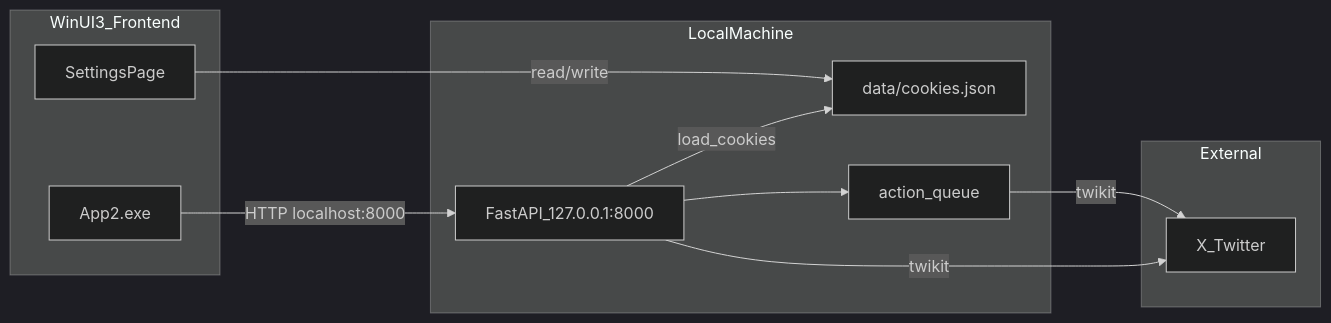
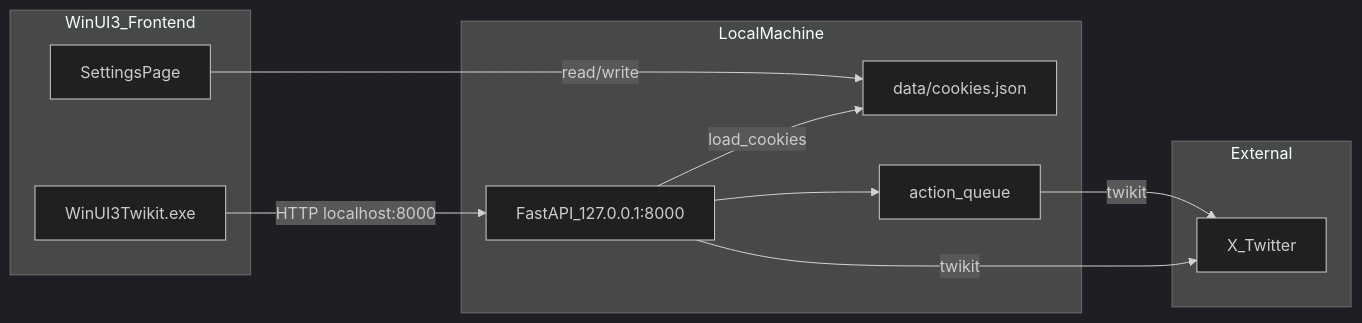
Before and after one commit to amanetoki7/WinUI-3-twikit: the diagram in README.md, drawn with Mermaid (dark theme). The commit also changed other lines of this file and 136 other files, not shown here.

First line of the commit message:
Rename App2 project to WinUI3Twikit

````diff
--- a/README.md
+++ b/README.md
@@ -38,21 +38,21 @@
 ```mermaid
 flowchart LR
     subgraph winui [WinUI3_Frontend]
-        App[App2.exe]
+        App[WinUI3Twikit.exe]
         Settings[SettingsPage]
     end
     subgraph local [LocalMachine]
         Cookies["data/cookies.json"]
         API["FastAPI_127.0.0.1:8000"]
         Queue["action_queue"]
     end
     subgraph external [External]
         X[X_Twitter]
     end
     App -->|"HTTP localhost:8000"| API
     Settings -->|"read/write"| Cookies
     API -->|"load_cookies"| Cookies
     API --> Queue
     Queue -->|"twikit"| X
     API -->|"twikit"| X
 ```
````
